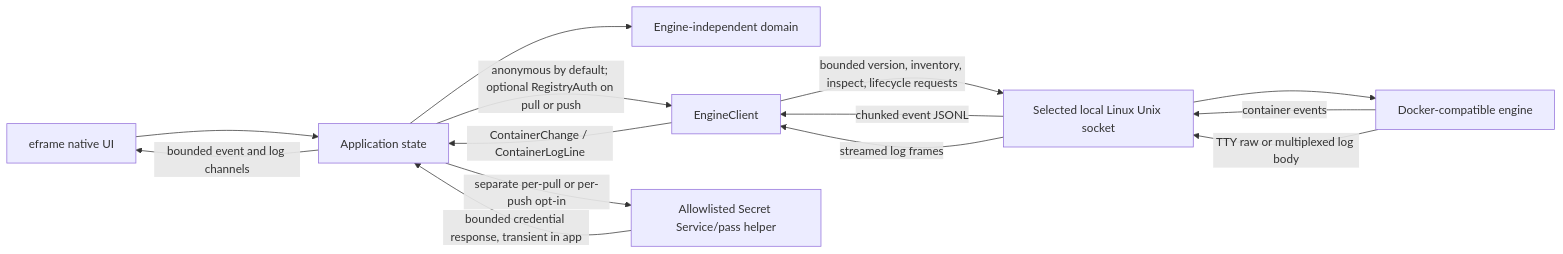
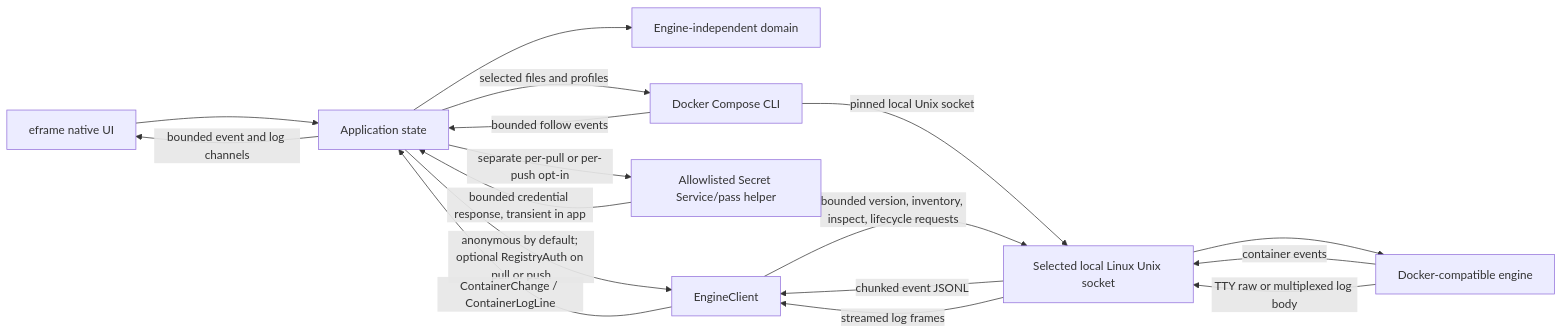
Before and after one commit to SzymonR1/ferrum-desktop: the diagram in docs/src/architecture/overview.md, drawn with Mermaid. The commit also changed other lines of this file and 8 other files, not shown here.

Commit message:
feat(compose): follow selected service logs (#86)

````diff
--- a/docs/src/architecture/overview.md
+++ b/docs/src/architecture/overview.md
@@ -5,16 +5,19 @@
 ```mermaid
 flowchart LR
     UI[eframe native UI] --> APP[Application state]
     APP --> CORE[Engine-independent domain]
     APP -->|anonymous by default; optional RegistryAuth on pull or push| CLIENT[EngineClient]
     APP -->|separate per-pull or per-push opt-in| HELPER[Allowlisted Secret Service/pass helper]
     HELPER -->|bounded credential response, transient in app| APP
+    APP -->|selected files and profiles| COMPOSE[Docker Compose CLI]
+    COMPOSE -->|pinned local Unix socket| SOCKET
+    COMPOSE -->|bounded follow events| APP
     CLIENT -->|bounded version, inventory, inspect, lifecycle requests| SOCKET[Selected local Linux Unix socket]
     SOCKET --> ENGINE[Docker-compatible engine]
     ENGINE -->|container events| SOCKET
     ENGINE -->|TTY raw or multiplexed log body| SOCKET
     SOCKET -->|chunked event JSONL| CLIENT
     SOCKET -->|streamed log frames| CLIENT
     CLIENT -->|ContainerChange / ContainerLogLine| APP
     APP -->|bounded event and log channels| UI
 ```
````
